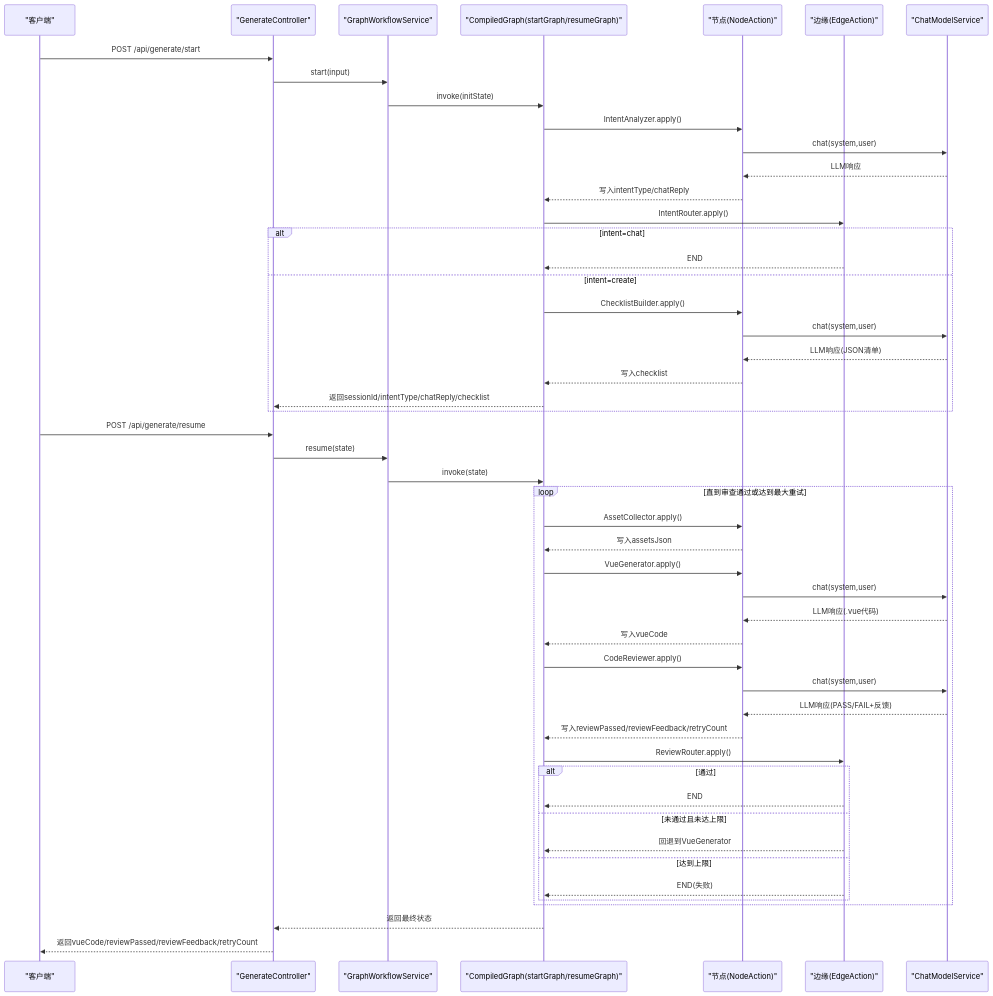
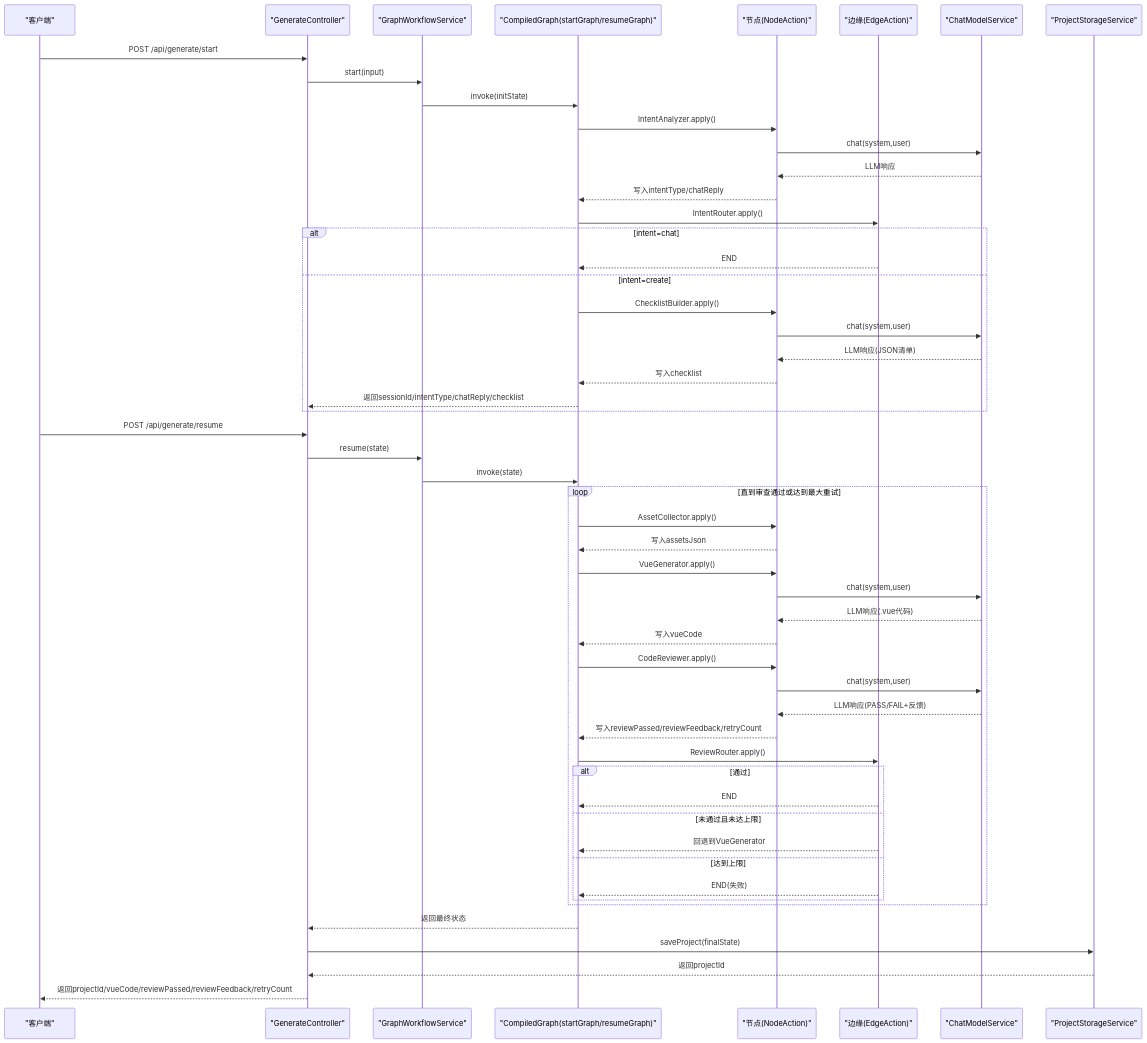
Before and after one commit to CyanYuKi/WebSiteFrontendCodeMother: the second of 6 diagrams in .qoder/repowiki/zh/content/AI工作流系统/AI工作流系统.md, drawn with Mermaid. The commit also changed other lines of this file and 5 other files, not shown here.

````diff
--- a/.qoder/repowiki/zh/content/AI工作流系统/AI工作流系统.md
+++ b/.qoder/repowiki/zh/content/AI工作流系统/AI工作流系统.md
@@ -124,52 +151,55 @@
 ```mermaid
 sequenceDiagram
 participant U as "客户端"
 participant C as "GenerateController"
 participant WS as "GraphWorkflowService"
 participant G as "CompiledGraph(startGraph/resumeGraph)"
 participant N as "节点(NodeAction)"
 participant R as "边缘(EdgeAction)"
 participant M as "ChatModelService"
+participant PS as "ProjectStorageService"
 U->>C : POST /api/generate/start
 C->>WS : start(input)
 WS->>G : invoke(initState)
 G->>N : IntentAnalyzer.apply()
 N->>M : chat(system,user)
 M-->>N : LLM响应
 N-->>G : 写入intentType/chatReply
 G->>R : IntentRouter.apply()
 alt intent=chat
 R-->>G : END
 else intent=create
 G->>N : ChecklistBuilder.apply()
 N->>M : chat(system,user)
 M-->>N : LLM响应(JSON清单)
 N-->>G : 写入checklist
 G-->>C : 返回sessionId/intentType/chatReply/checklist
 end
 U->>C : POST /api/generate/resume
 C->>WS : resume(state)
 WS->>G : invoke(state)
 loop 直到审查通过或达到最大重试
 G->>N : AssetCollector.apply()
 N-->>G : 写入assetsJson
 G->>N : VueGenerator.apply()
 N->>M : chat(system,user)
 M-->>N : LLM响应(.vue代码)
 N-->>G : 写入vueCode
 G->>N : CodeReviewer.apply()
 N->>M : chat(system,user)
 M-->>N : LLM响应(PASS/FAIL+反馈)
 N-->>G : 写入reviewPassed/reviewFeedback/retryCount
 G->>R : ReviewRouter.apply()
 alt 通过
 R-->>G : END
 else 未通过且未达上限
 R-->>G : 回退到VueGenerator
 else 达到上限
 R-->>G : END(失败)
 end
 end
 G-->>C : 返回最终状态
-C-->>U : 返回vueCode/reviewPassed/reviewFeedback/retryCount
+C->>PS : saveProject(finalState)
+PS-->>C : 返回projectId
+C-->>U : 返回projectId/vueCode/reviewPassed/reviewFeedback/retryCount
 ```
````
